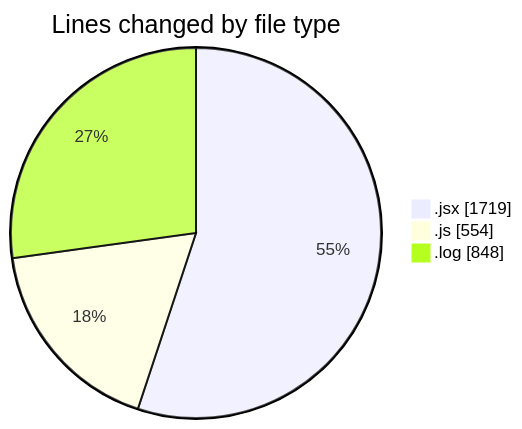
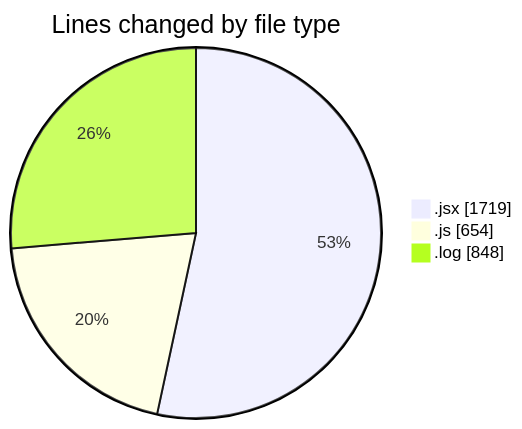
One commit to nxtqubesakshisongat/code-tracking changed the first of 2 diagrams in 2025-12-14/nxtqube_webapp/README.md. Above: the diagram before and after it, drawn with Mermaid. The commit also changed other lines of this file and 1 other file, not shown here.

````diff
--- a/2025-12-14/nxtqube_webapp/README.md
+++ b/2025-12-14/nxtqube_webapp/README.md
@@ -31,7 +31,7 @@
 ```mermaid
 pie showData
 title Lines changed by file type
 ".jsx" : 1719
-".js" : 554
+".js" : 654
 ".log" : 848
 ```
````
